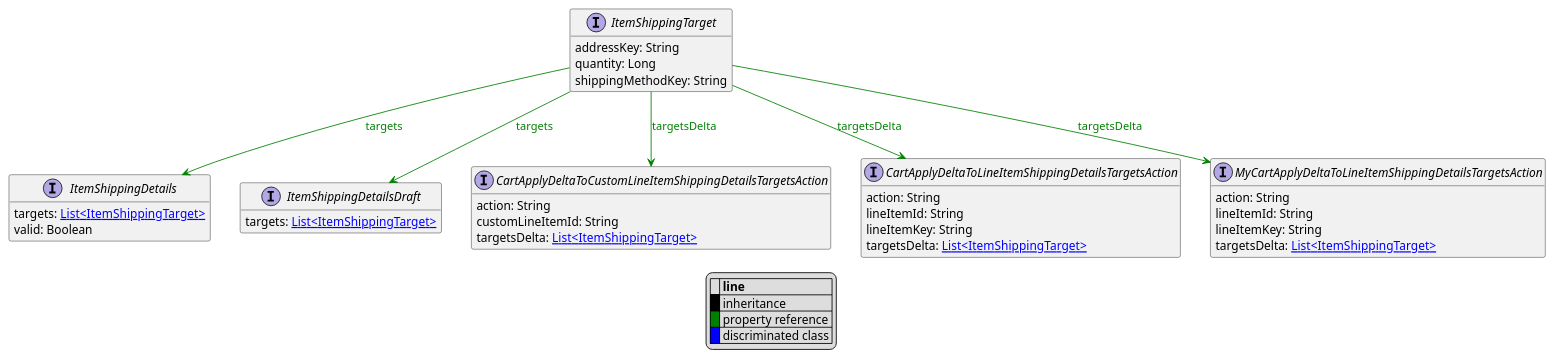
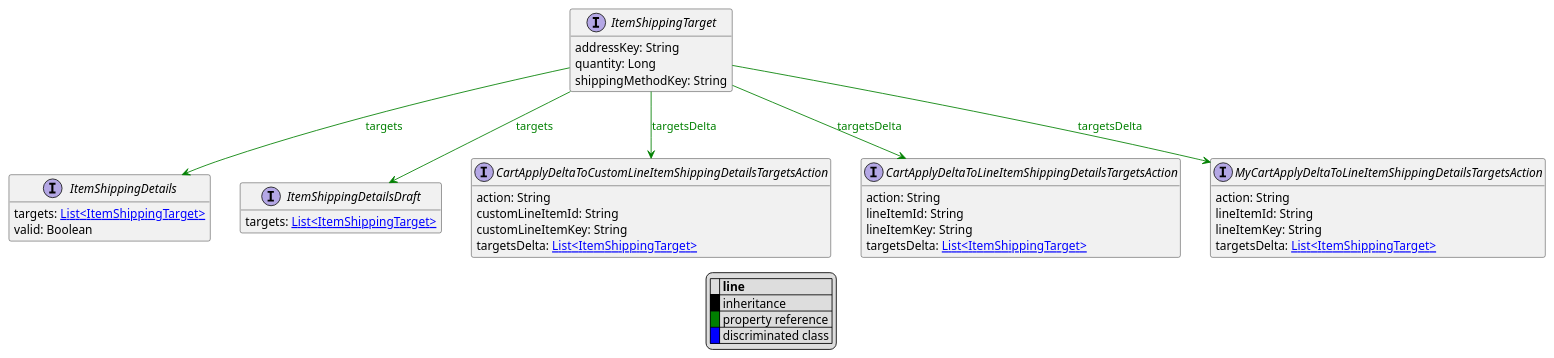
The diagram in uml/api/ItemShippingTarget.puml (commercetools/commercetools-api-reference), drawn with PlantUML before and after one commit. The commit also changed 64 other files, not shown here.

```diff
--- a/uml/api/ItemShippingTarget.puml
+++ b/uml/api/ItemShippingTarget.puml
@@ -1,49 +1,50 @@
 @startuml
 
 hide empty fields
 hide empty methods
 legend
 |= |= line |
 |<back:black>   </back>| inheritance |
 |<back:green>   </back>| property reference |
 |<back:blue>   </back>| discriminated class |
 endlegend
 interface ItemShippingTarget [[ItemShippingTarget.svg]]  {
     addressKey: String
     quantity: Long
     shippingMethodKey: String
 }
 
 
 
 interface ItemShippingDetails [[ItemShippingDetails.svg]]  {
     targets: [[ItemShippingTarget.svg List<ItemShippingTarget>]]
     valid: Boolean
 }
 interface ItemShippingDetailsDraft [[ItemShippingDetailsDraft.svg]]  {
     targets: [[ItemShippingTarget.svg List<ItemShippingTarget>]]
 }
 interface CartApplyDeltaToCustomLineItemShippingDetailsTargetsAction [[CartApplyDeltaToCustomLineItemShippingDetailsTargetsAction.svg]]  {
     action: String
     customLineItemId: String
+    customLineItemKey: String
     targetsDelta: [[ItemShippingTarget.svg List<ItemShippingTarget>]]
 }
 interface CartApplyDeltaToLineItemShippingDetailsTargetsAction [[CartApplyDeltaToLineItemShippingDetailsTargetsAction.svg]]  {
     action: String
     lineItemId: String
     lineItemKey: String
     targetsDelta: [[ItemShippingTarget.svg List<ItemShippingTarget>]]
 }
 interface MyCartApplyDeltaToLineItemShippingDetailsTargetsAction [[MyCartApplyDeltaToLineItemShippingDetailsTargetsAction.svg]]  {
     action: String
     lineItemId: String
     lineItemKey: String
     targetsDelta: [[ItemShippingTarget.svg List<ItemShippingTarget>]]
 }
 
 ItemShippingTarget --> ItemShippingDetails #green;text:green : "targets"
 ItemShippingTarget --> ItemShippingDetailsDraft #green;text:green : "targets"
 ItemShippingTarget --> CartApplyDeltaToCustomLineItemShippingDetailsTargetsAction #green;text:green : "targetsDelta"
 ItemShippingTarget --> CartApplyDeltaToLineItemShippingDetailsTargetsAction #green;text:green : "targetsDelta"
 ItemShippingTarget --> MyCartApplyDeltaToLineItemShippingDetailsTargetsAction #green;text:green : "targetsDelta"
 @enduml
```
